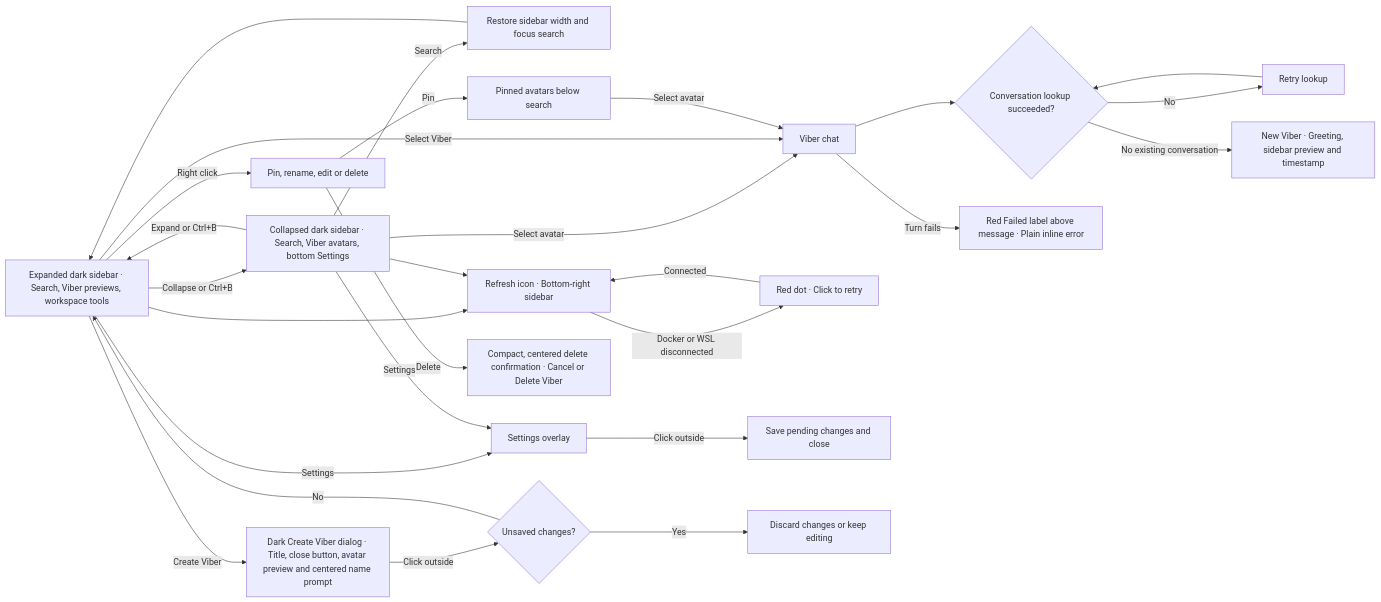
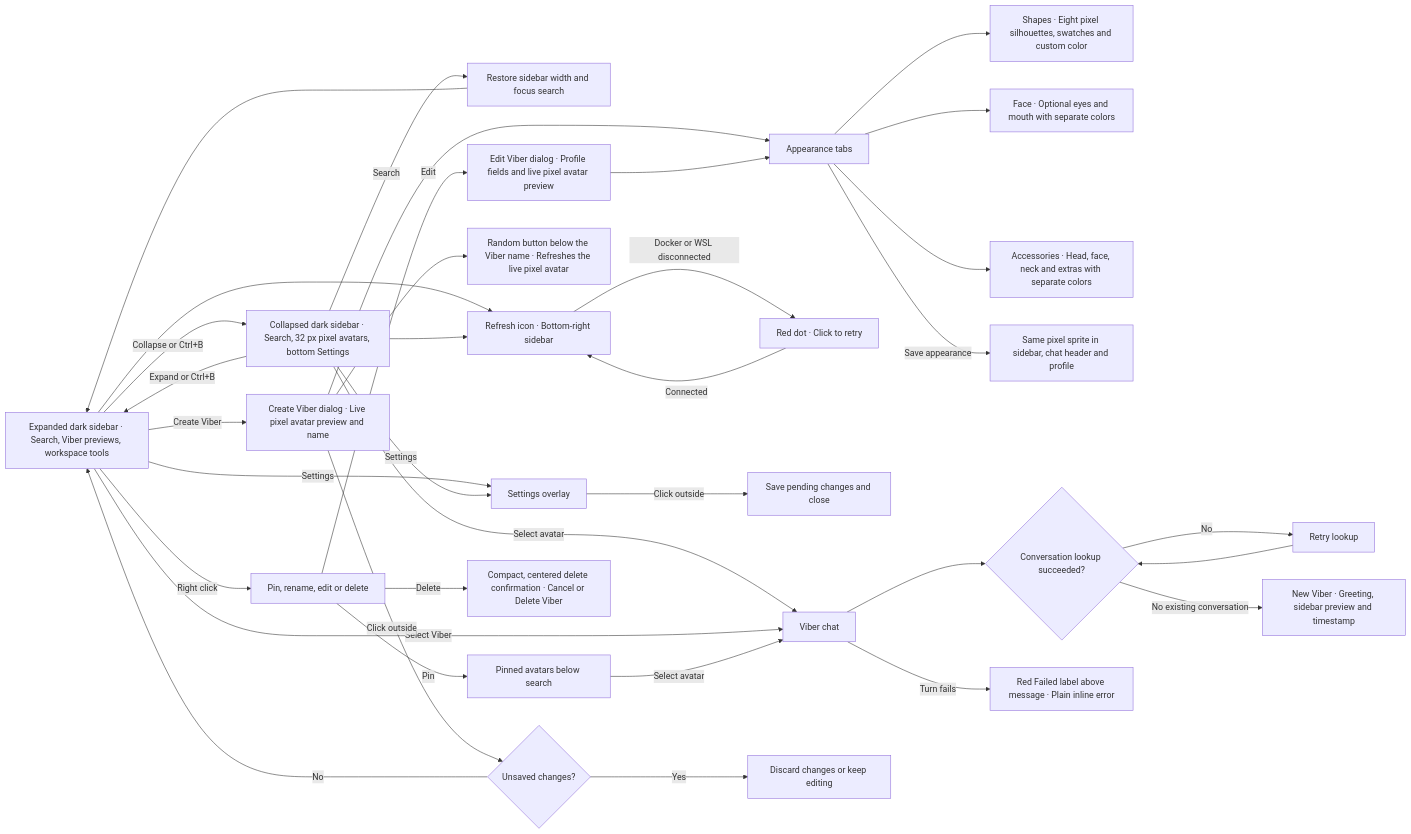
The fifth of 6 diagrams in FEATUREMAP.md (akshajrawat/akkco-vibestar), drawn with Mermaid before and after one commit. The commit also changed 16 other files, not shown here.

Commit message:
Redesign Viber avatars with modular pixel art

````diff
--- a/FEATUREMAP.md
+++ b/FEATUREMAP.md
@@ -188,27 +188,34 @@
 ```mermaid
 flowchart LR
-    Open["Expanded dark sidebar · Search, Viber previews, workspace tools"] -->|Collapse or Ctrl+B| Rail["Collapsed dark sidebar · Search, Viber avatars, bottom Settings"]
+    Open["Expanded dark sidebar · Search, Viber previews, workspace tools"] -->|Collapse or Ctrl+B| Rail["Collapsed dark sidebar · Search, 32 px pixel avatars, bottom Settings"]
     Rail -->|Expand or Ctrl+B| Open
     Rail -->|Search| Focus["Restore sidebar width and focus search"] --> Open
     Rail -->|Select avatar| Chat["Viber chat"]
     Open --> Refresh["Refresh icon · Bottom-right sidebar"]
     Rail --> Refresh
     Refresh -->|Docker or WSL disconnected| Retry["Red dot · Click to retry"]
     Retry -->|Connected| Refresh
     Open -->|Select Viber| Chat
     Open -->|Settings| SettingsOverlay["Settings overlay"]
     Rail -->|Settings| SettingsOverlay
     SettingsOverlay -->|Click outside| CloseSettings["Save pending changes and close"]
-    Open -->|Create Viber| Create["Dark Create Viber dialog · Title, close button, avatar preview and centered name prompt"]
+    Open -->|Create Viber| Create["Create Viber dialog · Live pixel avatar preview and name"]
+    Create --> Random["Random button below the Viber name · Refreshes the live pixel avatar"]
+    Create --> Avatar["Appearance tabs"]
+    Avatar --> Shapes["Shapes · Eight pixel silhouettes, swatches and custom color"]
+    Avatar --> Face["Face · Optional eyes and mouth with separate colors"]
+    Avatar --> Accessories["Accessories · Head, face, neck and extras with separate colors"]
+    Avatar -->|Save appearance| Views["Same pixel sprite in sidebar, chat header and profile"]
     Create -->|Click outside| CloseCreate{"Unsaved changes?"}
     CloseCreate -->|No| Open
     CloseCreate -->|Yes| Discard["Discard changes or keep editing"]
     Open -->|Right click| Actions["Pin, rename, edit or delete"]
+    Actions -->|Edit| Edit["Edit Viber dialog · Profile fields and live pixel avatar preview"] --> Avatar
     Actions -->|Pin| Pinned["Pinned avatars below search"]
     Actions -->|Delete| DeleteConfirmation["Compact, centered delete confirmation · Cancel or Delete Viber"]
     Pinned -->|Select avatar| Chat
     Chat --> Lookup{"Conversation lookup succeeded?"}
     Lookup -->|No| RetryLookup["Retry lookup"] --> Lookup
     Lookup -->|No existing conversation| Greeting["New Viber · Greeting, sidebar preview and timestamp"]
     Chat -->|Turn fails| Failure["Red Failed label above message · Plain inline error"]
 ```
````
